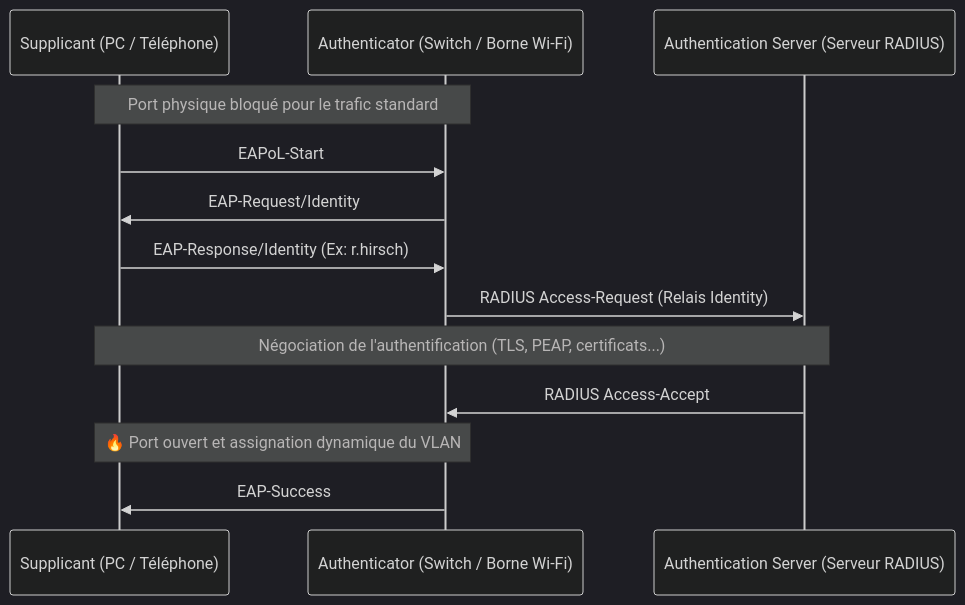
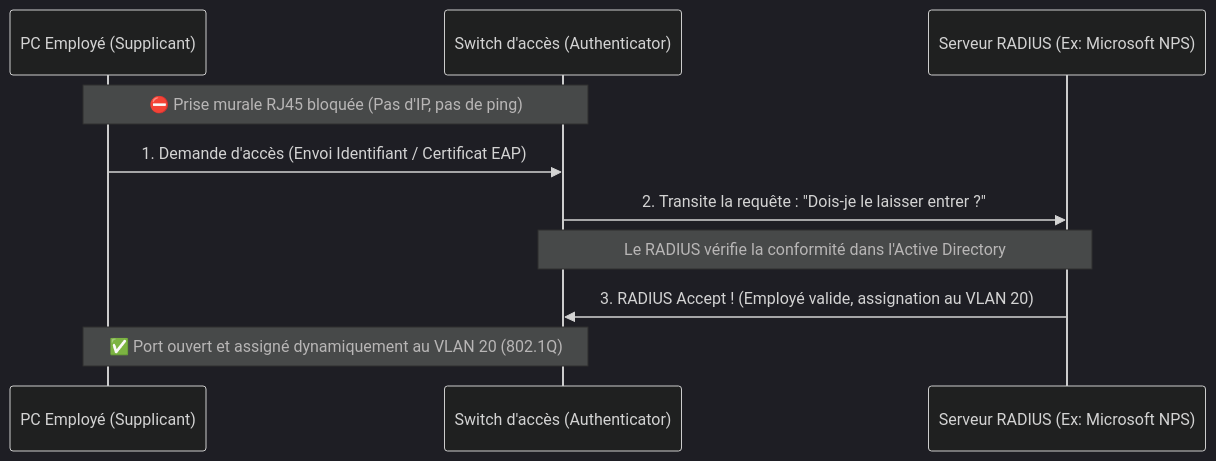
One commit to MontSekai/Documentations changed the diagram in docs/Reseau/Protocoles/802.1Q_802.1X.md. Above: the diagram before and after it, drawn with Mermaid (dark theme). The commit also changed other lines of this file and 50 other files, not shown here.

````diff
--- a/docs/Reseau/Protocoles/802.1Q_802.1X.md
+++ b/docs/Reseau/Protocoles/802.1Q_802.1X.md
@@ -49,18 +40,13 @@
 ```mermaid
 sequenceDiagram
-    participant S as Supplicant (PC / Téléphone)
-    participant A as Authenticator (Switch / Borne Wi-Fi)
-    participant AS as Authentication Server (Serveur RADIUS)
+    participant PC as PC Employé (Supplicant)
+    participant SW as Switch d'accès (Authenticator)
+    participant NPS as Serveur RADIUS (Ex: Microsoft NPS)
 
-    Note over S, A: Port physique bloqué pour le trafic standard
-    S->>A: EAPoL-Start
-    A->>S: EAP-Request/Identity
-    S->>A: EAP-Response/Identity (Ex: r.hirsch)
-    A->>AS: RADIUS Access-Request (Relais Identity)
-    
-    Note over S, AS: Négociation de l'authentification (TLS, PEAP, certificats...)
-    AS->>A: RADIUS Access-Accept
-    
-    Note over S, A: 🔥 Port ouvert et assignation dynamique du VLAN
-    A->>S: EAP-Success
+    Note over PC, SW: ⛔ Prise murale RJ45 bloquée (Pas d'IP, pas de ping)
+    PC->>SW: 1. Demande d'accès (Envoi Identifiant / Certificat EAP)
+    SW->>NPS: 2. Transite la requête : "Dois-je le laisser entrer ?"
+    Note over SW, NPS: Le RADIUS vérifie la conformité dans l'Active Directory
+    NPS->>SW: 3. RADIUS Accept ! (Employé valide, assignation au VLAN 20)
+    Note over PC, SW: ✅ Port ouvert et assigné dynamiquement au VLAN 20 (802.1Q)
 ```
````
